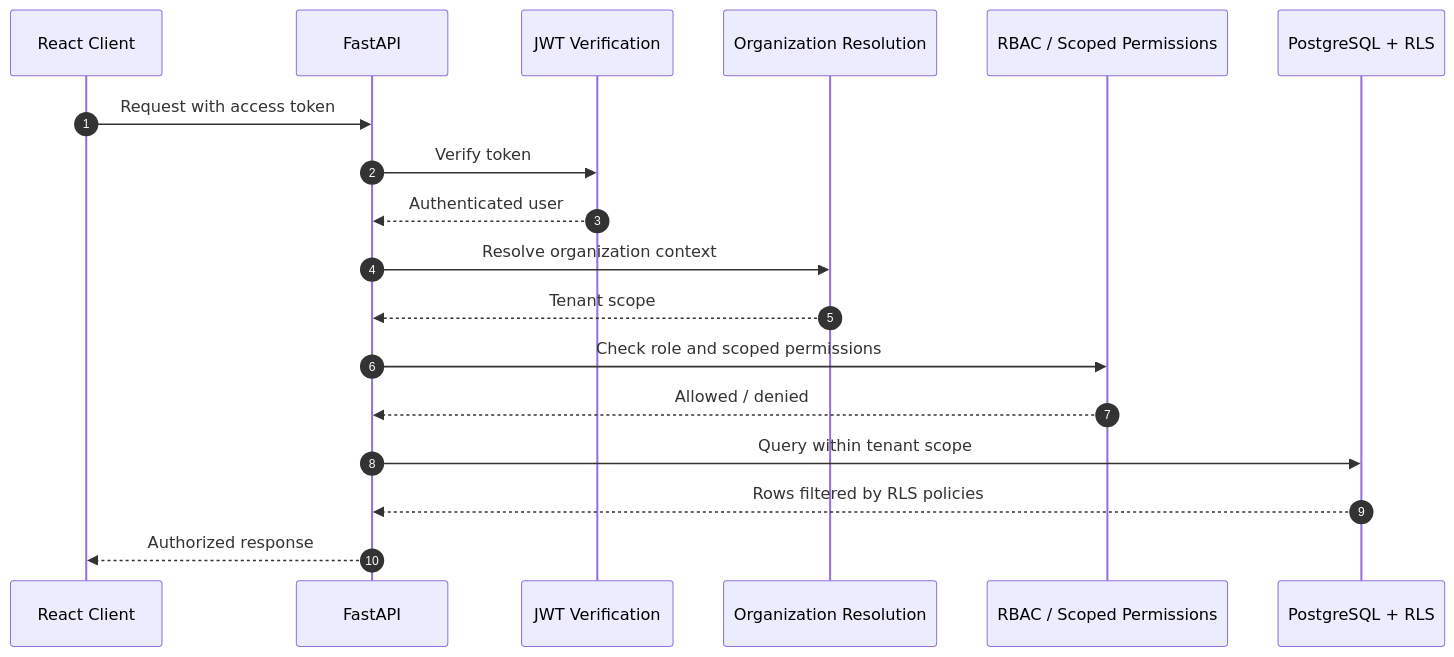
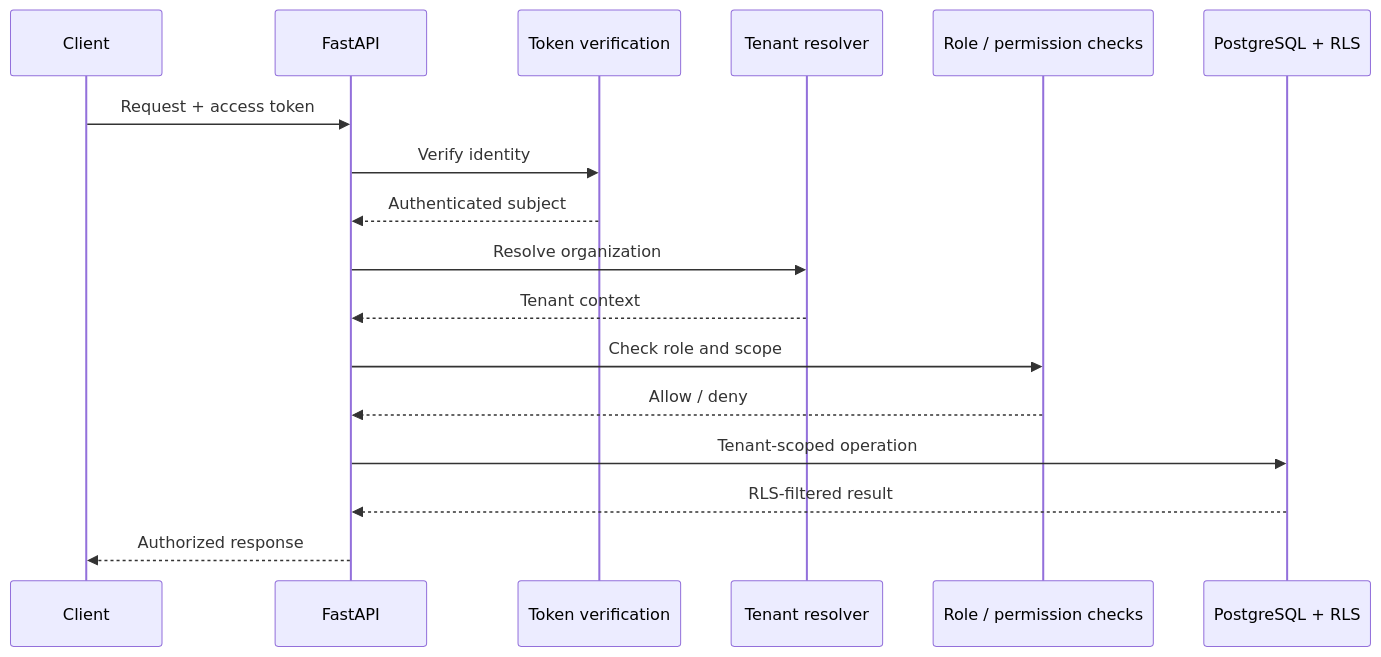
One commit to kunalchwdry/kunalchwdry changed the third of 11 diagrams in README.md. Above: the diagram before and after it, drawn with Mermaid. The commit also changed other lines of this file, not shown here.

````diff
--- a/README.md
+++ b/README.md
@@ -277,21 +194,20 @@
-```mermaid
+``` mermaid
 sequenceDiagram
-    autonumber
-    participant C as React Client
+    participant C as Client
     participant API as FastAPI
-    participant J as JWT Verification
-    participant O as Organization Resolution
-    participant R as RBAC / Scoped Permissions
+    participant AUTH as Token verification
+    participant TEN as Tenant resolver
+    participant ACL as Role / permission checks
     participant DB as PostgreSQL + RLS
 
-    C->>API: Request with access token
-    API->>J: Verify token
-    J-->>API: Authenticated user
-    API->>O: Resolve organization context
-    O-->>API: Tenant scope
-    API->>R: Check role and scoped permissions
-    R-->>API: Allowed / denied
-    API->>DB: Query within tenant scope
-    DB-->>API: Rows filtered by RLS policies
+    C->>API: Request + access token
+    API->>AUTH: Verify identity
+    AUTH-->>API: Authenticated subject
+    API->>TEN: Resolve organization
+    TEN-->>API: Tenant context
+    API->>ACL: Check role and scope
+    ACL-->>API: Allow / deny
+    API->>DB: Tenant-scoped operation
+    DB-->>API: RLS-filtered result
     API-->>C: Authorized response
 ```
````
